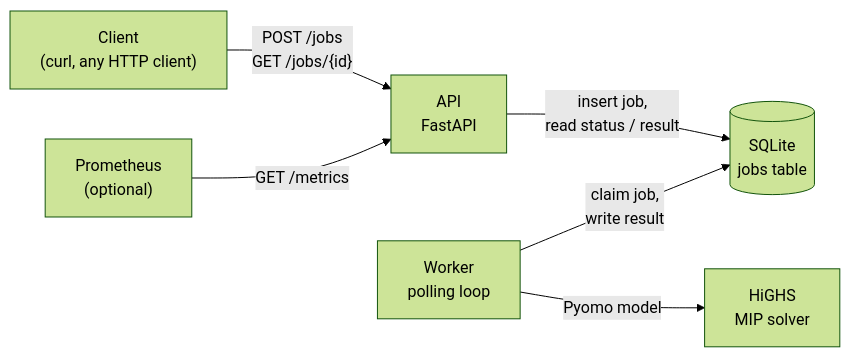
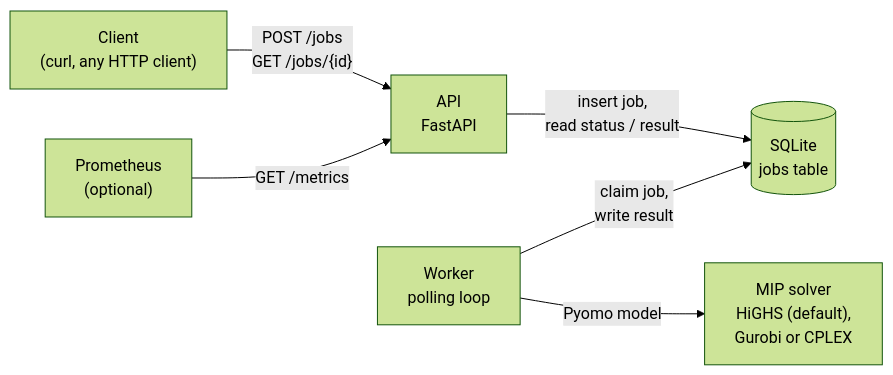
Before and after one commit to dogutez/gate-assignment-optimizer: the first of 2 diagrams in README.md, drawn with Mermaid (forest theme). The commit also changed other lines of this file and 1 other file, not shown here.

Commit message:
Benchmark all solvers and add the solver comparison to the README

````diff
--- a/README.md
+++ b/README.md
@@ -80,8 +81,8 @@
 ```mermaid
 flowchart LR
     C["Client<br/>(curl, any HTTP client)"] -- "POST /jobs<br/>GET /jobs/{id}" --> A["API<br/>FastAPI"]
     A -- "insert job,<br/>read status / result" --> D[("SQLite<br/>jobs table")]
     W["Worker<br/>polling loop"] -- "claim job,<br/>write result" --> D
-    W -- "Pyomo model" --> H["HiGHS<br/>MIP solver"]
+    W -- "Pyomo model" --> H["MIP solver<br/>HiGHS (default),<br/>Gurobi or CPLEX"]
     P["Prometheus<br/>(optional)"] -- "GET /metrics" --> A
 ```
````
